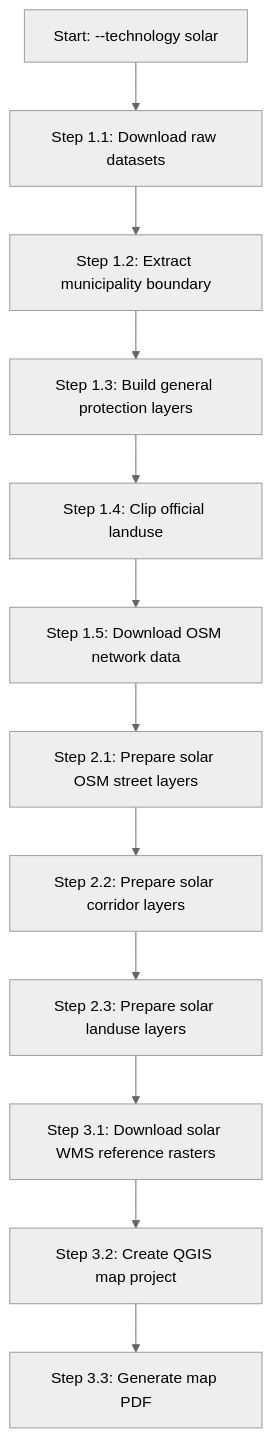
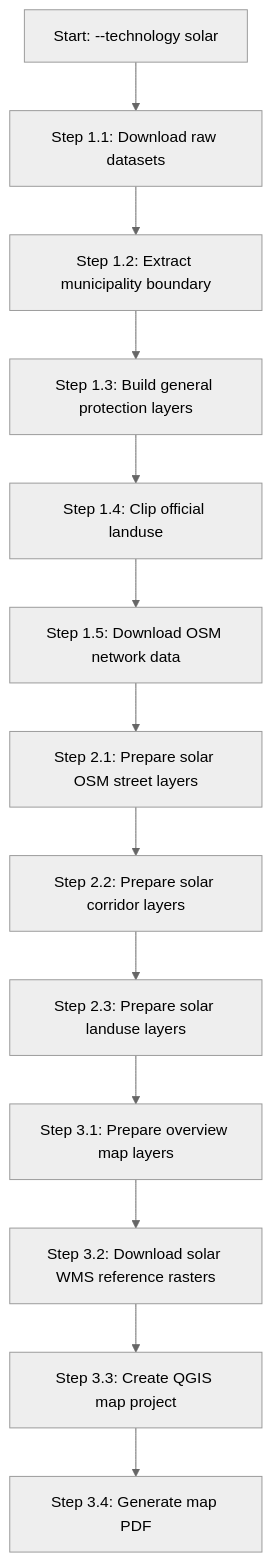
Before and after one commit to flobe08/Projekt---Geodatenprozessierung-und-Automatisierung: the third of 4 diagrams in description/WORKFLOW_DIAGRAMME.md, drawn with Mermaid (neutral theme). The commit also changed other lines of this file and 13 other files, not shown here.

Commit message:
update: add overview map bayern

````diff
--- a/description/WORKFLOW_DIAGRAMME.md
+++ b/description/WORKFLOW_DIAGRAMME.md
@@ -129,16 +136,17 @@
 ```mermaid
 flowchart TD
     Start["Start: --technology solar"] --> A11["Step 1.1: Download raw datasets"]
     A11 --> A12["Step 1.2: Extract municipality boundary"]
     A12 --> A13["Step 1.3: Build general protection layers"]
     A13 --> A14["Step 1.4: Clip official landuse"]
     A14 --> A15["Step 1.5: Download OSM network data"]
 
     A15 --> S21["Step 2.1: Prepare solar OSM street layers"]
     S21 --> S22["Step 2.2: Prepare solar corridor layers"]
     S22 --> S23["Step 2.3: Prepare solar landuse layers"]
 
-    S23 --> M31["Step 3.1: Download solar WMS reference rasters"]
-    M31 --> M32["Step 3.2: Create QGIS map project"]
-    M32 --> M33["Step 3.3: Generate map PDF"]
+    S23 --> M31["Step 3.1: Prepare overview map layers"]
+    M31 --> M32["Step 3.2: Download solar WMS reference rasters"]
+    M32 --> M33["Step 3.3: Create QGIS map project"]
+    M33 --> M34["Step 3.4: Generate map PDF"]
 ```
````
